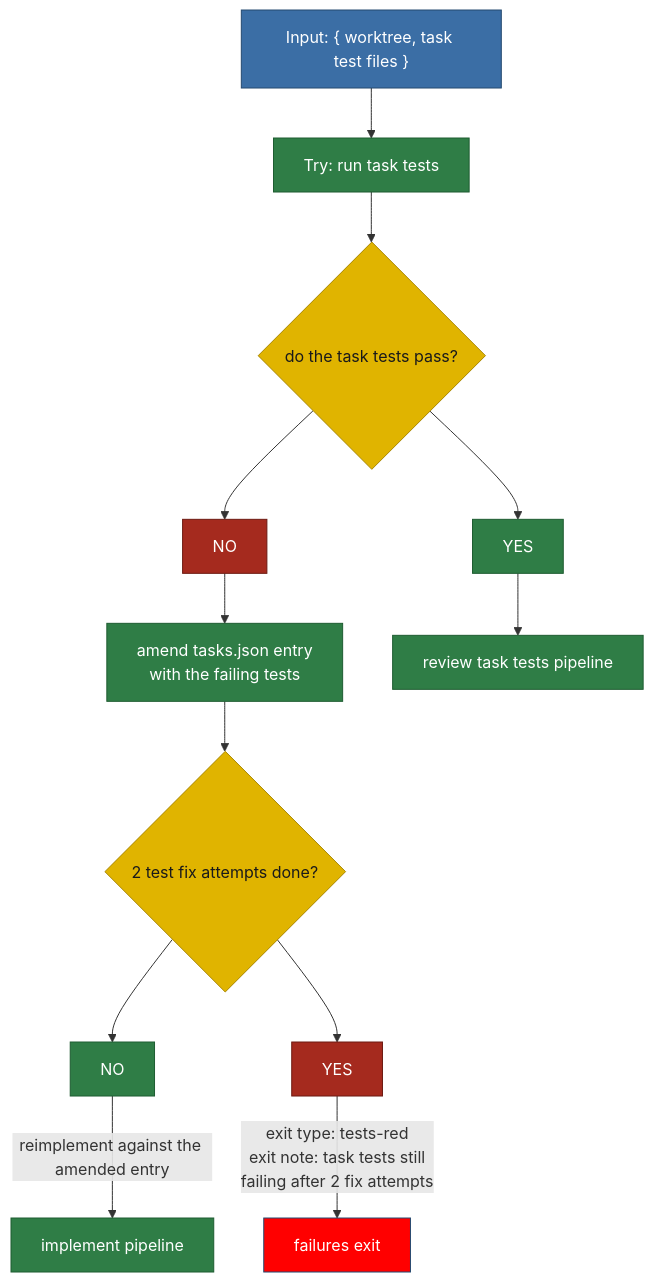
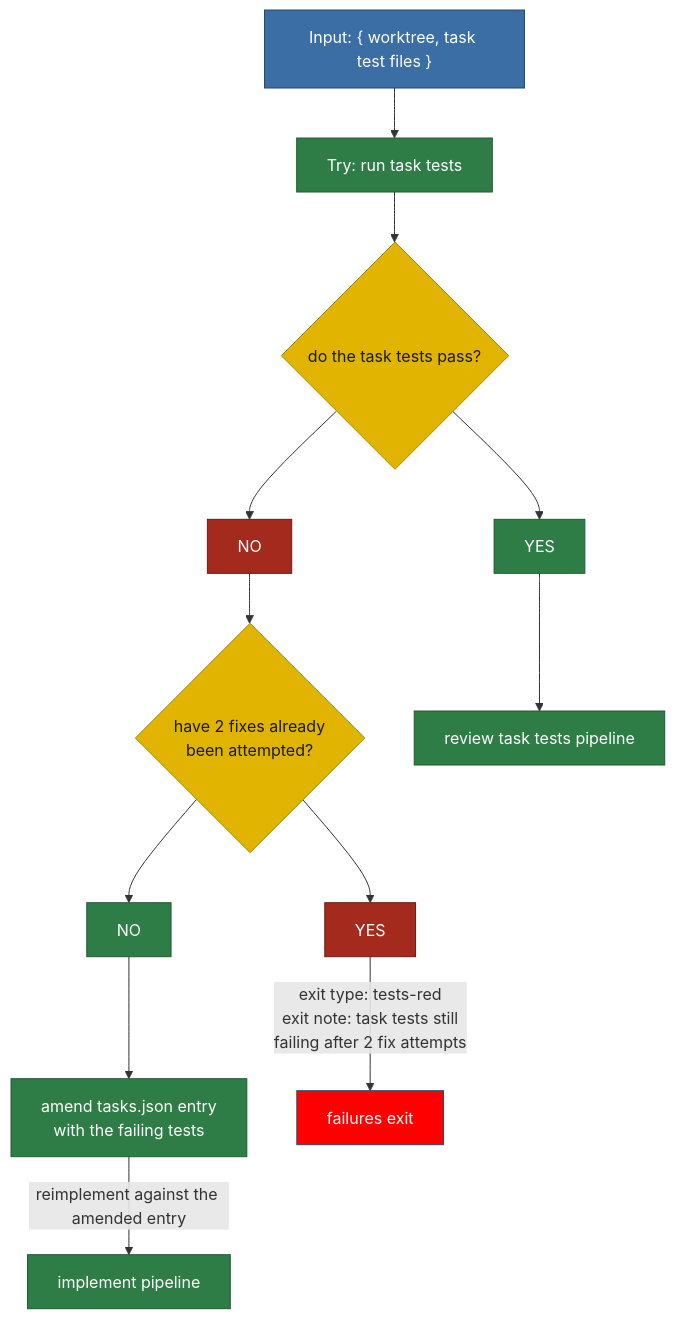
Before and after one commit to matkatmusic/taskTools: the diagram in plans/diagram/pipeline-taskTests.mmd, drawn with Mermaid. The commit also changed 15 other files, not shown here.

Commit message:
cleaned up comments in pipeline diagrams

```diff
--- a/plans/diagram/pipeline-taskTests.mmd
+++ b/plans/diagram/pipeline-taskTests.mmd
@@ -1,65 +1,62 @@
 flowchart TB
 %% TASK TESTS PIPELINE. Split from pipeline-implementTest.mmd.
+%% ---
 %% Input: committed work from the implement pipeline.
-%% One job: get the task's own tests green.
-%% Starts at "run task tests". Ends green, with the run back in the implement
-%% pipeline, or with an exit.
-%% Rules that apply everywhere, not steps:
-%%   1. Every read and write of tasks.json is atomic.
-%%   2. Never progress past a test run until every task test passes.
-%%   3. A repair is never tested until it is committed, which is why a failure
-%%      re-enters the implement pipeline and not this one.
-%%   4. Every box that touches the working tree operates on every repository
-%%      layer, deepest submodule first, root last. Boxes that only read or write
-%%      tasks.json do not.
-%%   5. A script that fails operationally, as opposed to returning a verdict,
-%%      exits the run as run-failed. The task is already active and a worktree
-%%      already exists here, so the exit workflow always runs in full.
-%% Box definitions where the name alone is not enough:
-%%   do the task tests pass?      - the test run alone decides this; codex judges
-%%                                  the tests, the tests judge the work.
-%%   amend tasks.json entry       - the retry is not a bare retry. The implementor
-%%                                  reads the task entry, so the failing tests are
-%%                                  written into it or the next attempt repeats
-%%                                  the same mistake. This box also raises the
-%%                                  failure counter by one.
-%% Exit types this pipeline can produce:
-%%   tests-red          - task tests still failing after 2 fix attempts
-%%   run-failed         - a script failed operationally
-%% run-failed is deliberately not drawn as an edge out of every box. It can leave
-%% ANY green box, so drawing it would add one edge per box and hide the flow.
-%% The green implementation this pipeline emits is the input to the review task
-%% tests pipeline.
+%% ---
+%% Job: get the task's own tests green.
+%% ---
+%% Rules not shown in the graph:
+%% ---
+%% Every read and write of tasks.json is atomic.
+%% ---
+%% A repair is never tested until committed, so a failure re-enters the implement pipeline, not this one.
+%% ---
+%% Boxes touching the working tree run deepest submodule first, root last. tasks.json-only boxes do not.
+%% ---
+%% amend tasks.json entry also raises the fix counter by one.
+%% ---
+%% A script that fails operationally exits as run-failed.
+%% ---
+%% Exit types: tests-red, run-failed.
+%% ---
+%% CODE TASK: the runtime disagrees with this graph.
+%% ---
+%% tackle-tasks.workflow.template.js sets MAX_ATTEMPTS = 2.
+%% ---
+%% It runs only 1 fix before tests-red.
+%% ---
+%% Its exit note still says "after 2 codebase fixes".
 
   COMMITTED_WORK_INPUT["Input: { worktree, task test files }"] --> RUN_TASK_TESTS
   RUN_TASK_TESTS["Try: run task tests"] --> DO_TASK_TESTS_PASS{"do the task tests pass?"}
   DO_TASK_TESTS_PASS --> DO_TASK_TESTS_PASS_YES["YES"]
   DO_TASK_TESTS_PASS --> DO_TASK_TESTS_PASS_NO["NO"]
 
-  DO_TASK_TESTS_PASS_NO --> AMEND_ENTRY_WITH_FAILING_TESTS["amend tasks.json entry<br/>with the failing tests"]
-  AMEND_ENTRY_WITH_FAILING_TESTS --> ARE_2_TEST_FAILURES_DONE{"2 test fix attempts done?"}
-  ARE_2_TEST_FAILURES_DONE --> ARE_2_TEST_FAILURES_DONE_NO["NO"]
-  ARE_2_TEST_FAILURES_DONE --> ARE_2_TEST_FAILURES_DONE_YES["YES"]
-  ARE_2_TEST_FAILURES_DONE_NO -- "reimplement against the amended entry" --> IMPLEMENT_PIPELINE["implement pipeline"]
-  ARE_2_TEST_FAILURES_DONE_YES -- "exit type: tests-red<br/>exit note: task tests still<br/>failing after 2 fix attempts" --> EXIT_WORKFLOW
+  DO_TASK_TESTS_PASS_NO --> ARE_2_TEST_FIXES_DONE{"have 2 fixes already<br/>been attempted?"}
+  ARE_2_TEST_FIXES_DONE --> ARE_2_TEST_FIXES_DONE_NO["NO"]
+  ARE_2_TEST_FIXES_DONE --> ARE_2_TEST_FIXES_DONE_YES["YES"]
+  ARE_2_TEST_FIXES_DONE_NO --> AMEND_ENTRY_WITH_FAILING_TESTS["amend tasks.json entry<br/>with the failing tests"]
+  AMEND_ENTRY_WITH_FAILING_TESTS -- "reimplement against the amended entry" --> IMPLEMENT_PIPELINE["implement pipeline"]
+  ARE_2_TEST_FIXES_DONE_YES -- "exit type: tests-red<br/>exit note: task tests still<br/>failing after 2 fix attempts" --> EXIT_WORKFLOW
 
   DO_TASK_TESTS_PASS_YES --> REVIEW_TESTS_PIPELINE["review task tests pipeline"]
 
   EXIT_WORKFLOW["failures exit"]
 
-  %% pass/nopass: green is the branch that keeps heading for the next pipeline,
-  %% red is the branch that reimplements or ends in the exit workflow.
+  %% Green heads for the next pipeline.
+  %% ---
+  %% Red reimplements, or ends in the exit workflow.
   classDef pipeline fill:#2f7d46,stroke:#1e5c31,color:#ffffff
   classDef script fill:#2f7d46,stroke:#1e5c31,color:#ffffff
   classDef decision fill:#e0b400,stroke:#a88600,color:#1a1a1a
   classDef output fill:#3b6ea5,stroke:#254a70,color:#ffffff
   classDef fail fill:red,stroke:#254a70,color:#ffffff
   classDef pass fill:#2f7d46,stroke:#1e5c31,color:#ffffff
   classDef nopass fill:#a52a1e,stroke:#6d1a12,color:#ffffff
-  class DO_TASK_TESTS_PASS,ARE_2_TEST_FAILURES_DONE decision
+  class DO_TASK_TESTS_PASS,ARE_2_TEST_FIXES_DONE decision
   class RUN_TASK_TESTS,AMEND_ENTRY_WITH_FAILING_TESTS script
   class IMPLEMENT_PIPELINE,REVIEW_TESTS_PIPELINE pipeline
-  class DO_TASK_TESTS_PASS_YES,ARE_2_TEST_FAILURES_DONE_NO pass
-  class DO_TASK_TESTS_PASS_NO,ARE_2_TEST_FAILURES_DONE_YES nopass
+  class DO_TASK_TESTS_PASS_YES,ARE_2_TEST_FIXES_DONE_NO pass
+  class DO_TASK_TESTS_PASS_NO,ARE_2_TEST_FIXES_DONE_YES nopass
   class EXIT_WORKFLOW fail
   class COMMITTED_WORK_INPUT output
```
